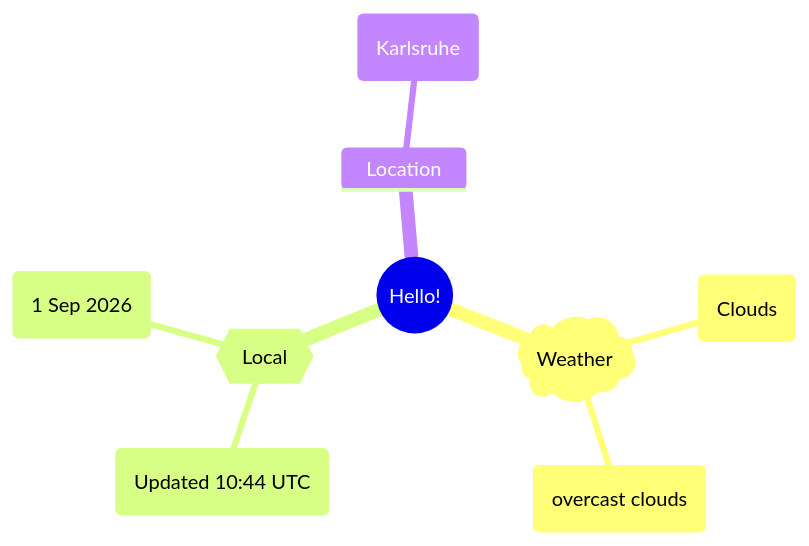
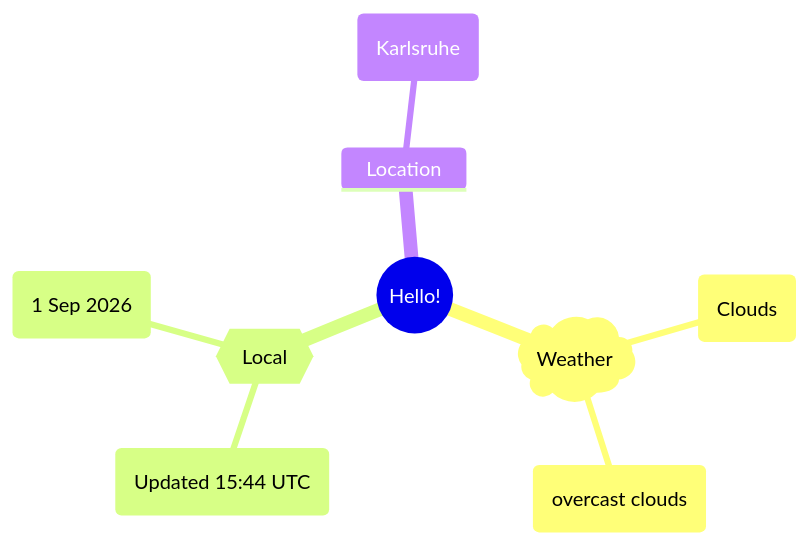
One commit to Xosrov/Xosrov changed the first of 2 diagrams in README.md. Above: the diagram before and after it, drawn with Mermaid.

Commit message:
[bot] updated images

````diff
--- a/README.md
+++ b/README.md
@@ -3,12 +3,12 @@
 ```mermaid
 mindmap
   root((Hello!))
     )Weather(
         (Clouds)
         (overcast clouds)
     {{Local}}
-        (Updated 10:44 UTC)
+        (Updated 15:44 UTC)
         (1 Sep 2026)
     Location
         (Karlsruhe)
 ```
````
